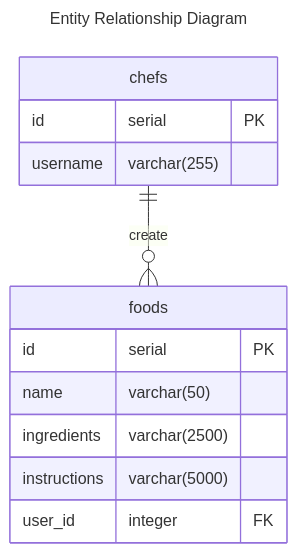
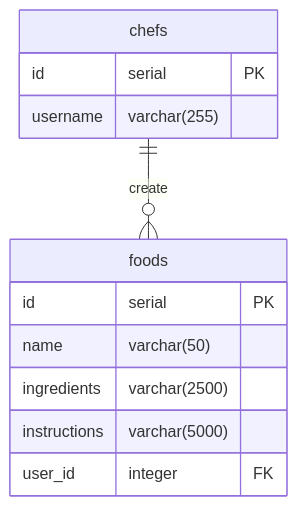
Before and after one commit to anthonymeadows/practice: the diagram in README.md, drawn with Mermaid. The commit also changed other lines of this file, not shown here.

````diff
--- a/README.md
+++ b/README.md
@@ -26,19 +52,16 @@
 ```mermaid
----
-title: Entity Relationship Diagram
----
 erDiagram
     chefs {
         id serial PK
         username varchar(255)
     }
     foods {
         id serial PK
         name varchar(50)
         ingredients varchar(2500)
         instructions varchar(5000)
         user_id integer FK
     }
 
     chefs ||--o{ foods : create
 ```
````
